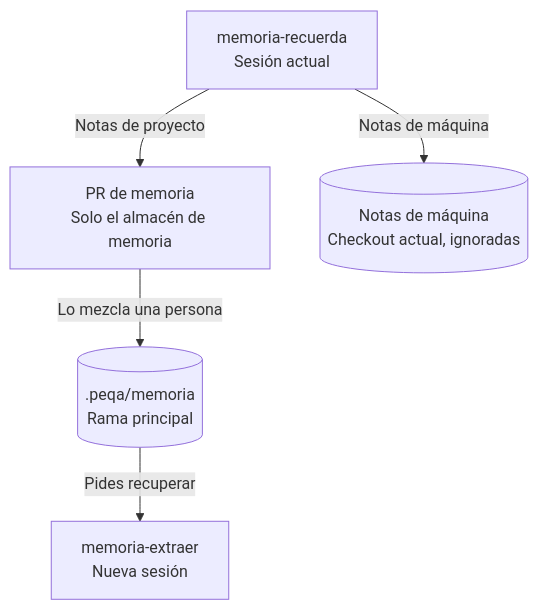
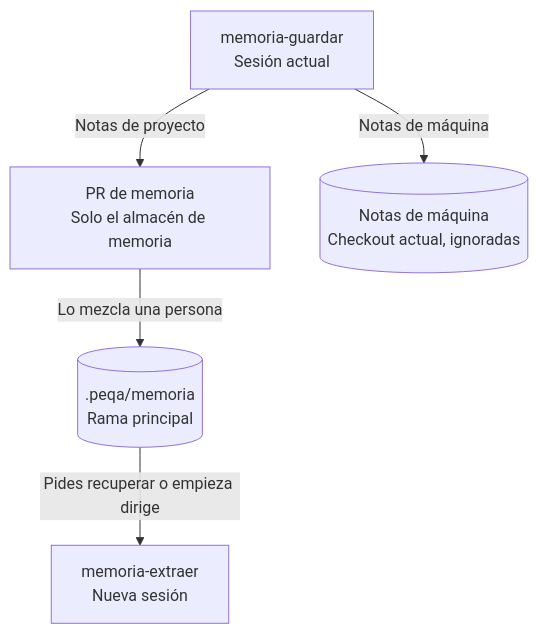
The fifth of 6 diagrams in README.md (peqa-ai/peqa-workflows), drawn with Mermaid before and after one commit. The commit also changed other lines of this file and 16 other files, not shown here.

First line of the commit message:
feat: dirige recupera memoria y entrega siempre en PR; memoria-recuerda pasa a memoria-guardar (#9)

````diff
--- a/README.md
+++ b/README.md
@@ -163,16 +169,16 @@
 ```mermaid
 flowchart TD
     accTitle: Memoria del proyecto entre dos sesiones
-    accDescr: A petición del usuario, memoria-recuerda guarda las notas de proyecto en un PR propio desde la rama principal y las de máquina en el checkout actual. Cuando una persona mezcla el PR, las notas llegan al almacén de la rama principal, que memoria-extraer consulta en otra sesión sin modificarlo.
+    accDescr: A petición del usuario, memoria-guardar guarda las notas de proyecto en un PR propio desde la rama principal y las de máquina en el checkout actual. Cuando una persona mezcla el PR, las notas llegan al almacén de la rama principal, que memoria-extraer consulta en otra sesión sin modificarlo, cuando lo pides o al empezar dirige.
 
-    actual["memoria-recuerda<br/>Sesión actual"]
+    actual["memoria-guardar<br/>Sesión actual"]
     pr["PR de memoria<br/>Solo el almacén de memoria"]
     local[("Notas de máquina<br/>Checkout actual, ignoradas")]
     memoria[(".peqa/memoria<br/>Rama principal")]
     nueva["memoria-extraer<br/>Nueva sesión"]
 
     actual -->|Notas de proyecto| pr
     actual -->|Notas de máquina| local
     pr -->|Lo mezcla una persona| memoria
-    memoria -->|Pides recuperar| nueva
+    memoria -->|Pides recuperar o empieza dirige| nueva
 ```
````
